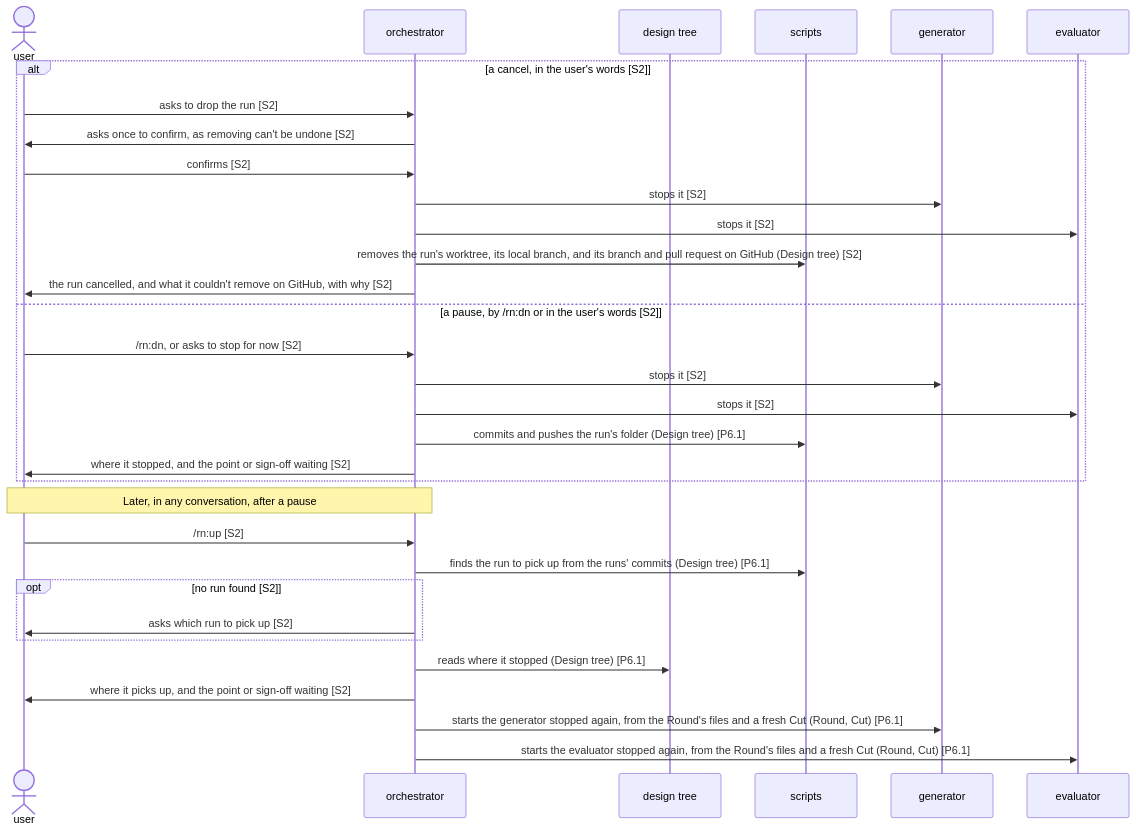
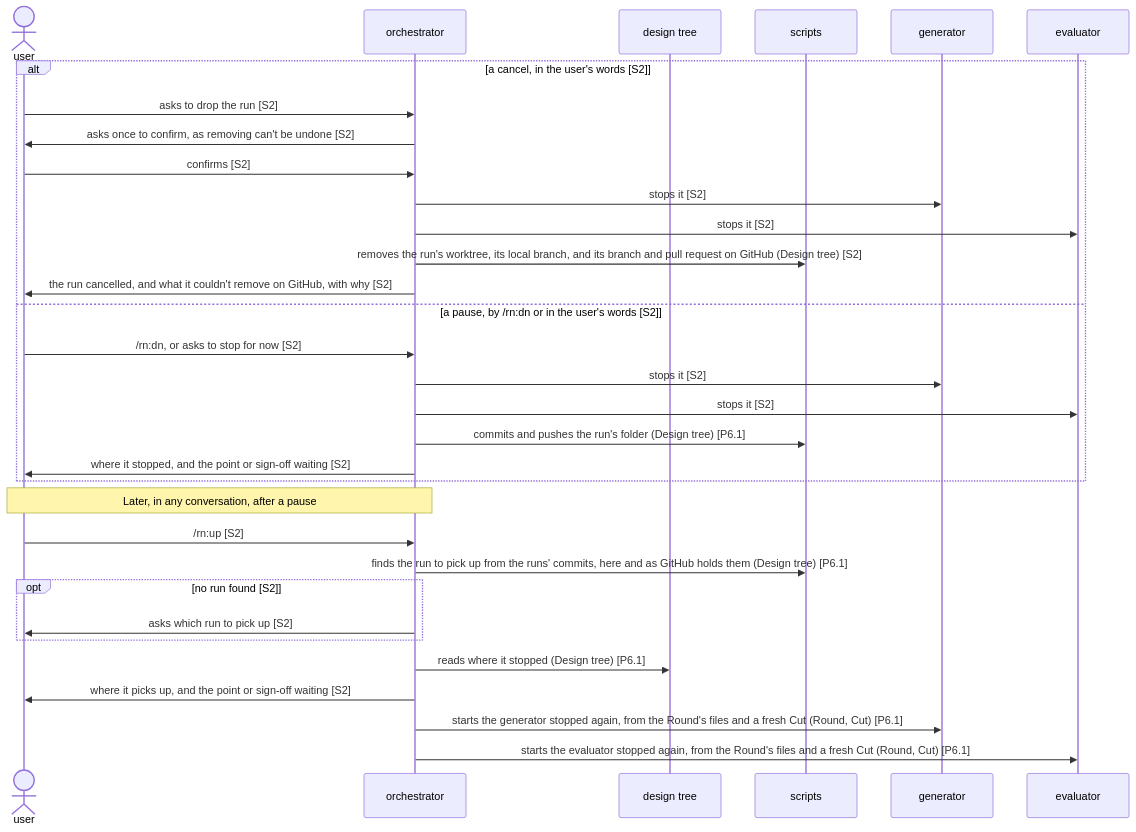
Before and after one commit to lovaizu/ccpm: the second of 2 diagrams in dev/rn/architecture.md, drawn with Mermaid. The commit also changed 6 other files, not shown here.

First line of the commit message:
rn: /rn:up picks up only a run that still exists here or on GitHub

````diff
--- a/dev/rn/architecture.md
+++ b/dev/rn/architecture.md
@@ -237,34 +237,34 @@
 ```mermaid
 sequenceDiagram
   actor U as user
   participant O as orchestrator
   participant T as design tree
   participant S as scripts
   participant G as generator
   participant E as evaluator
   alt a cancel, in the user's words [S2]
     U->>O: asks to drop the run [S2]
     O->>U: asks once to confirm, as removing can't be undone [S2]
     U->>O: confirms [S2]
     O->>G: stops it [S2]
     O->>E: stops it [S2]
     O->>S: removes the run's worktree, its local branch, and its branch and pull request on GitHub (Design tree) [S2]
     O->>U: the run cancelled, and what it couldn't remove on GitHub, with why [S2]
   else a pause, by /rn:dn or in the user's words [S2]
     U->>O: /rn:dn, or asks to stop for now [S2]
     O->>G: stops it [S2]
     O->>E: stops it [S2]
     O->>S: commits and pushes the run's folder (Design tree) [P6.1]
     O->>U: where it stopped, and the point or sign-off waiting [S2]
   end
   Note over U,O: Later, in any conversation, after a pause
   U->>O: /rn:up [S2]
-  O->>S: finds the run to pick up from the runs' commits (Design tree) [P6.1]
+  O->>S: finds the run to pick up from the runs' commits, here and as GitHub holds them (Design tree) [P6.1]
   opt no run found [S2]
     O->>U: asks which run to pick up [S2]
   end
   O->>T: reads where it stopped (Design tree) [P6.1]
   O->>U: where it picks up, and the point or sign-off waiting [S2]
   O->>G: starts the generator stopped again, from the Round's files and a fresh Cut (Round, Cut) [P6.1]
   O->>E: starts the evaluator stopped again, from the Round's files and a fresh Cut (Round, Cut) [P6.1]
 ```
````
